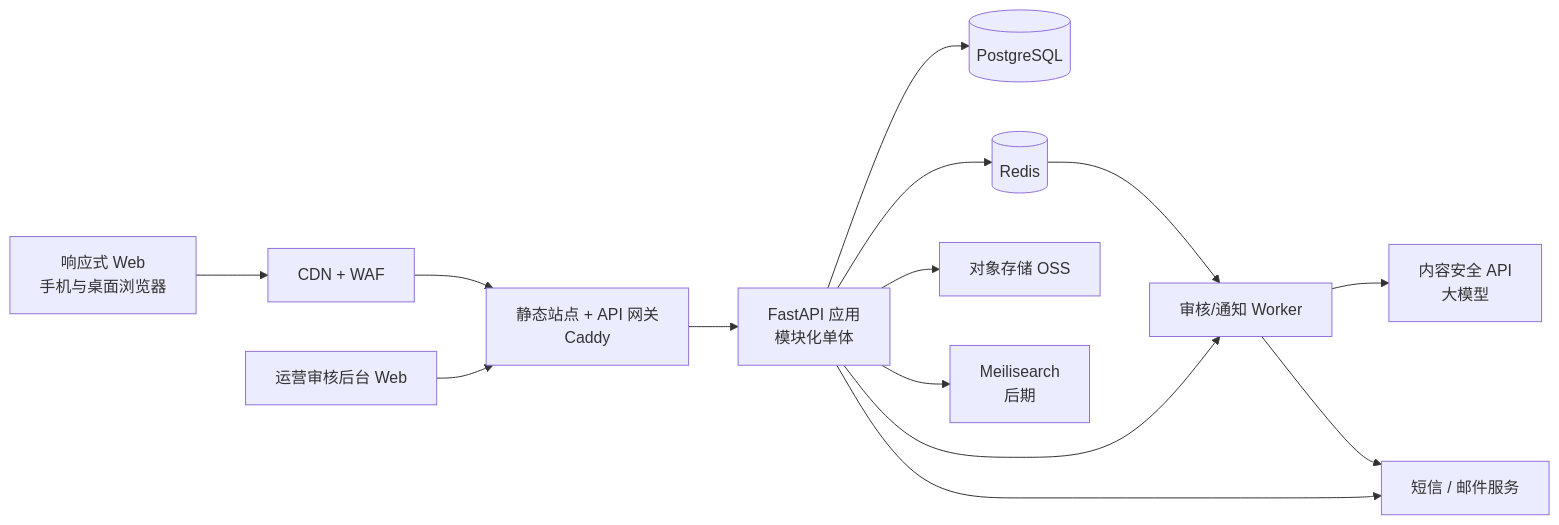
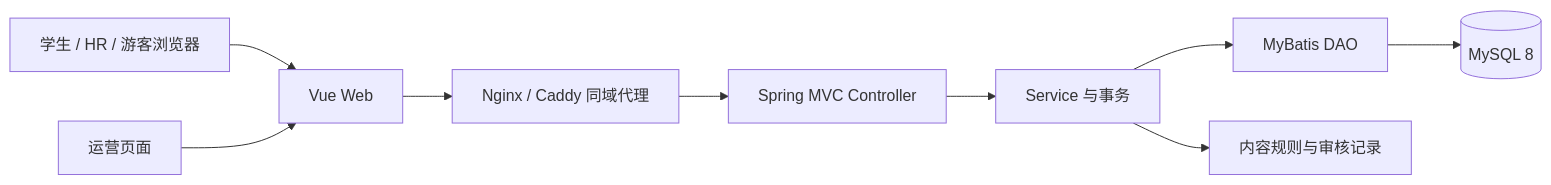
Before and after one commit to Clover1218/CareerQ: the diagram in docs/技术方案-CareerQ.md, drawn with Mermaid. The commit also changed other lines of this file and 48 other files, not shown here.

````diff
--- a/docs/技术方案-CareerQ.md
+++ b/docs/技术方案-CareerQ.md
@@ -36,16 +61,11 @@
 ```mermaid
 flowchart LR
-    A[响应式 Web<br/>手机与桌面浏览器] --> B[CDN + WAF]
-    B --> C[静态站点 + API 网关<br/>Caddy]
-    C --> D[FastAPI 应用<br/>模块化单体]
-    E[运营审核后台 Web] --> C
-    D --> F[(PostgreSQL)]
-    D --> G[(Redis)]
-    D --> H[对象存储 OSS]
-    D --> I[Meilisearch<br/>后期]
-    D --> J[审核/通知 Worker]
-    G --> J
-    J --> K[内容安全 API<br/>大模型]
-    D --> L[短信 / 邮件服务]
-    J --> L
+    A[学生 / HR / 游客浏览器] --> B[Vue Web]
+    C[运营页面] --> B
+    B --> D[Nginx / Caddy 同域代理]
+    D --> E[Spring MVC Controller]
+    E --> F[Service 与事务]
+    F --> G[MyBatis DAO]
+    G --> H[(MySQL 8)]
+    F --> I[内容规则与审核记录]
 ```
````
